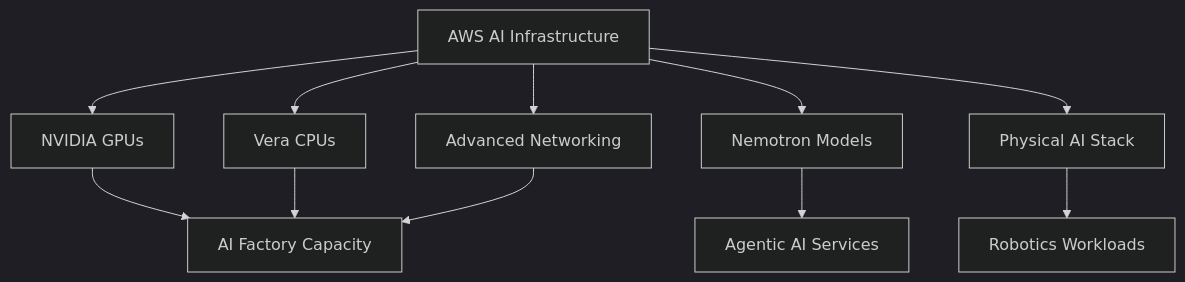
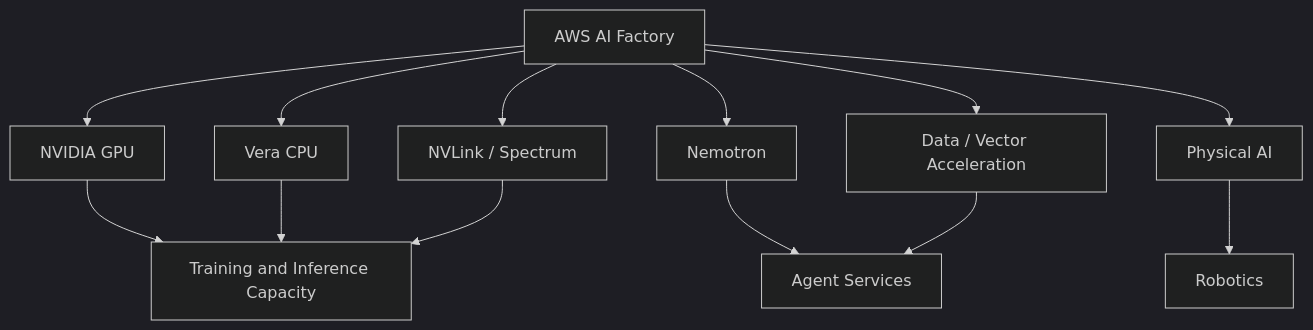
Before and after one commit to wlf186/ai-daily-headlines: diagram 19 of 22 in 260827.md, drawn with Mermaid (dark theme). The commit also changed other lines of this file, not shown here.

````diff
--- a/260827.md
+++ b/260827.md
@@ -722,13 +804,15 @@
 ```mermaid
 flowchart TD
-    AW1[AWS AI Infrastructure] --> AW2[NVIDIA GPUs]
-    AW1 --> AW3[Vera CPUs]
-    AW1 --> AW4[Advanced Networking]
-    AW1 --> AW5[Nemotron Models]
-    AW1 --> AW6[Physical AI Stack]
-    AW2 --> AW7[AI Factory Capacity]
-    AW3 --> AW7
-    AW4 --> AW7
-    AW5 --> AW8[Agentic AI Services]
-    AW6 --> AW9[Robotics Workloads]
+    A1[AWS AI Factory] --> A2[NVIDIA GPU]
+    A1 --> A3[Vera CPU]
+    A1 --> A4[NVLink / Spectrum]
+    A1 --> A5[Nemotron]
+    A1 --> A6[Data / Vector Acceleration]
+    A1 --> A7[Physical AI]
+    A2 --> A8[Training and Inference Capacity]
+    A3 --> A8
+    A4 --> A8
+    A5 --> A9[Agent Services]
+    A6 --> A9
+    A7 --> A10[Robotics]
 ```
````
